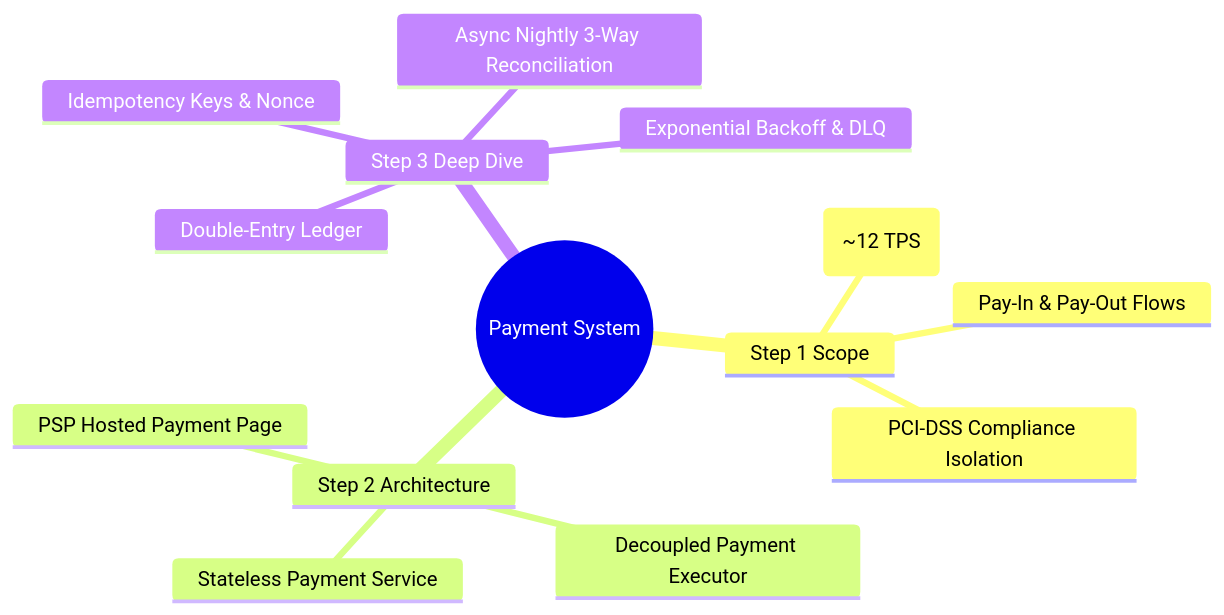
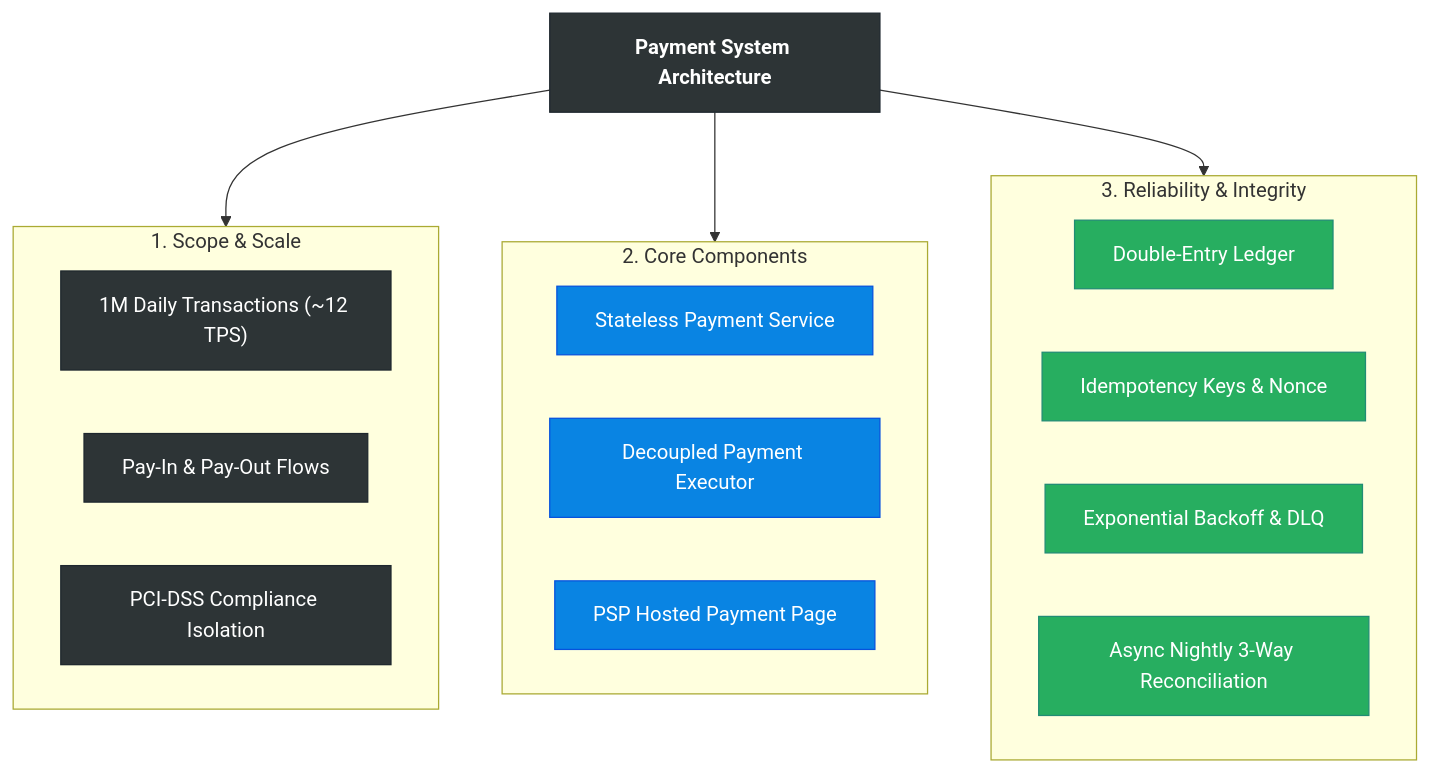
One commit to gurkanindibay/azure_learning changed the ninth of 9 diagrams in system-design-cases/bytebytego/27-payment-system.md. Above: the diagram before and after it, drawn with Mermaid. The commit also changed other lines of this file and 3 other files, not shown here.

Commit message:
fix: quote mermaid edge labels and enhance summary diagram theming across system design cases

````diff
--- a/system-design-cases/bytebytego/27-payment-system.md
+++ b/system-design-cases/bytebytego/27-payment-system.md
@@ -366,17 +366,39 @@
 ```mermaid
-mindmap
-  root((Payment System))
-    Step 1 Scope
-      1M Daily Transactions (~12 TPS)
-      Pay-In & Pay-Out Flows
-      PCI-DSS Compliance Isolation
-    Step 2 Architecture
-      Stateless Payment Service
-      Decoupled Payment Executor
-      PSP Hosted Payment Page
-    Step 3 Deep Dive
-      Double-Entry Ledger
-      Idempotency Keys & Nonce
-      Exponential Backoff & DLQ
-      Async Nightly 3-Way Reconciliation
+flowchart TD
+    ROOT["<b>Payment System Architecture</b>"]
+    
+    subgraph S1["1. Scope & Scale"]
+        S1_1["1M Daily Transactions (~12 TPS)"]
+        S1_2["Pay-In & Pay-Out Flows"]
+        S1_3["PCI-DSS Compliance Isolation"]
+    end
+    
+    subgraph S2["2. Core Components"]
+        S2_1["Stateless Payment Service"]
+        S2_2["Decoupled Payment Executor"]
+        S2_3["PSP Hosted Payment Page"]
+    end
+    
+    subgraph S3["3. Reliability & Integrity"]
+        S3_1["Double-Entry Ledger"]
+        S3_2["Idempotency Keys & Nonce"]
+        S3_3["Exponential Backoff & DLQ"]
+        S3_4["Async Nightly 3-Way Reconciliation"]
+    end
+
+    ROOT --> S1
+    ROOT --> S2
+    ROOT --> S3
+
+    style ROOT fill:#2d3436,color:#ffffff,stroke:#1e272e
+    style S1_1 fill:#2d3436,color:#ffffff,stroke:#1e272e
+    style S1_2 fill:#2d3436,color:#ffffff,stroke:#1e272e
+    style S1_3 fill:#2d3436,color:#ffffff,stroke:#1e272e
+    style S2_1 fill:#0984e3,color:#ffffff,stroke:#0652dd
+    style S2_2 fill:#0984e3,color:#ffffff,stroke:#0652dd
+    style S2_3 fill:#0984e3,color:#ffffff,stroke:#0652dd
+    style S3_1 fill:#27ae60,color:#ffffff,stroke:#218c74
+    style S3_2 fill:#27ae60,color:#ffffff,stroke:#218c74
+    style S3_3 fill:#27ae60,color:#ffffff,stroke:#218c74
+    style S3_4 fill:#27ae60,color:#ffffff,stroke:#218c74
 ```
````
